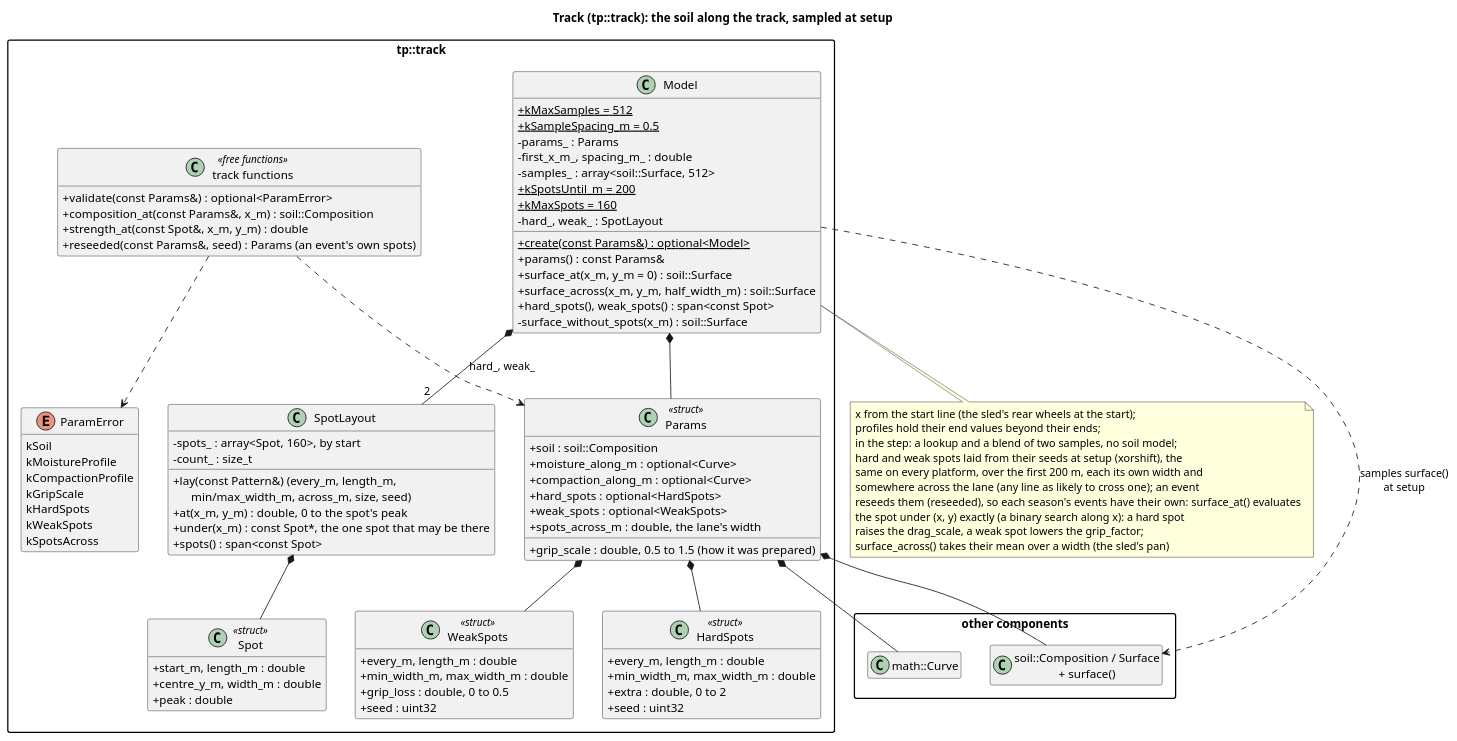
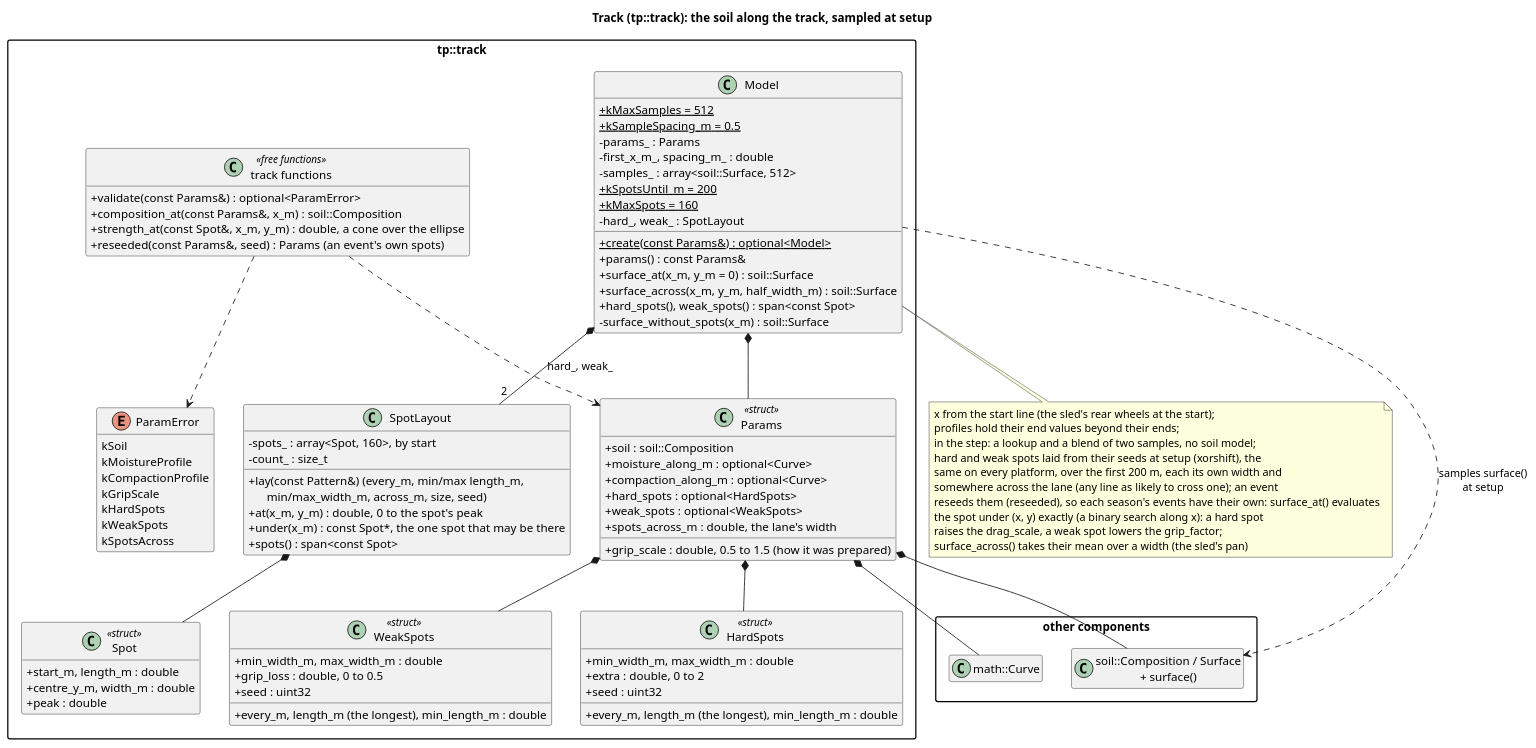
Before and after one commit to wversteeg/TractorPulling: the diagram in docs/diagrams/track_classes.puml, drawn with PlantUML. The commit also changed 14 other files, not shown here.

First line of the commit message:
Spots are patches: their own length, an elliptical cone, drawn as ellipses

```diff
--- a/docs/diagrams/track_classes.puml
+++ b/docs/diagrams/track_classes.puml
@@ -1,101 +1,101 @@
 @startuml track_classes
 title Track (tp::track): the soil along the track, sampled at setup
 hide empty members
 skinparam packageStyle rectangle
 skinparam classAttributeIconSize 0
 
 package "other components" {
   class "soil::Composition / Surface\n+ surface()" as Soil
   class "math::Curve" as Curve
 }
 
 package "tp::track" {
   class Params <<struct>> {
     +soil : soil::Composition
     +moisture_along_m : optional<Curve>
     +compaction_along_m : optional<Curve>
     +grip_scale : double, 0.5 to 1.5 (how it was prepared)
     +hard_spots : optional<HardSpots>
     +weak_spots : optional<WeakSpots>
     +spots_across_m : double, the lane's width
   }
   class HardSpots <<struct>> {
-    +every_m, length_m : double
+    +every_m, length_m (the longest), min_length_m : double
     +min_width_m, max_width_m : double
     +extra : double, 0 to 2
     +seed : uint32
   }
   class WeakSpots <<struct>> {
-    +every_m, length_m : double
+    +every_m, length_m (the longest), min_length_m : double
     +min_width_m, max_width_m : double
     +grip_loss : double, 0 to 0.5
     +seed : uint32
   }
   class Spot <<struct>> {
     +start_m, length_m : double
     +centre_y_m, width_m : double
     +peak : double
   }
   class SpotLayout {
     -spots_ : array<Spot, 160>, by start
     -count_ : size_t
-    +lay(const Pattern&) (every_m, length_m,\n      min/max_width_m, across_m, size, seed)
+    +lay(const Pattern&) (every_m, min/max length_m,\n      min/max_width_m, across_m, size, seed)
     +at(x_m, y_m) : double, 0 to the spot's peak
     +under(x_m) : const Spot*, the one spot that may be there
     +spots() : span<const Spot>
   }
   class Model {
     +{static} kMaxSamples = 512
     +{static} kSampleSpacing_m = 0.5
     -params_ : Params
     -first_x_m_, spacing_m_ : double
     -samples_ : array<soil::Surface, 512>
     +{static} kSpotsUntil_m = 200
     +{static} kMaxSpots = 160
     -hard_, weak_ : SpotLayout
     +{static} create(const Params&) : optional<Model>
     +params() : const Params&
     +surface_at(x_m, y_m = 0) : soil::Surface
     +surface_across(x_m, y_m, half_width_m) : soil::Surface
     +hard_spots(), weak_spots() : span<const Spot>
     -surface_without_spots(x_m) : soil::Surface
   }
   enum ParamError {
     kSoil
     kMoistureProfile
     kCompactionProfile
     kGripScale
     kHardSpots
     kWeakSpots
     kSpotsAcross
   }
   class "track functions" as TrackFns <<free functions>> {
     +validate(const Params&) : optional<ParamError>
     +composition_at(const Params&, x_m) : soil::Composition
-    +strength_at(const Spot&, x_m, y_m) : double
+    +strength_at(const Spot&, x_m, y_m) : double, a cone over the ellipse
     +reseeded(const Params&, seed) : Params (an event's own spots)
   }
   Model *-- Params
   Params *-- HardSpots
   Params *-- WeakSpots
   Model *-- "2" SpotLayout : hard_, weak_
   SpotLayout *-- Spot
   TrackFns ..> Params
   TrackFns ..> ParamError
 }
 Params *-- Curve
 Params *-- Soil
 Model ..> Soil : samples surface()\nat setup
 note bottom of Model
   x from the start line (the sled's rear wheels at the start);
   profiles hold their end values beyond their ends;
   in the step: a lookup and a blend of two samples, no soil model;
   hard and weak spots laid from their seeds at setup (xorshift), the
   same on every platform, over the first 200 m, each its own width and
   somewhere across the lane (any line as likely to cross one); an event
   reseeds them (reseeded), so each season's events have their own: surface_at() evaluates
   the spot under (x, y) exactly (a binary search along x): a hard spot
   raises the drag_scale, a weak spot lowers the grip_factor;
   surface_across() takes their mean over a width (the sled's pan)
 end note
 @enduml
```
